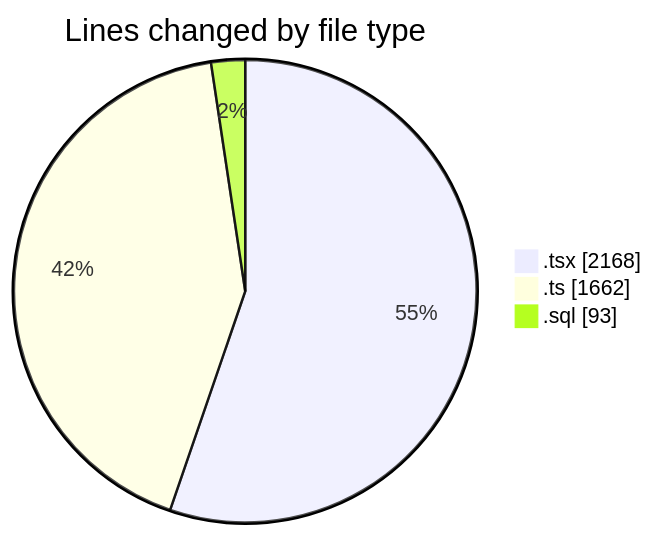
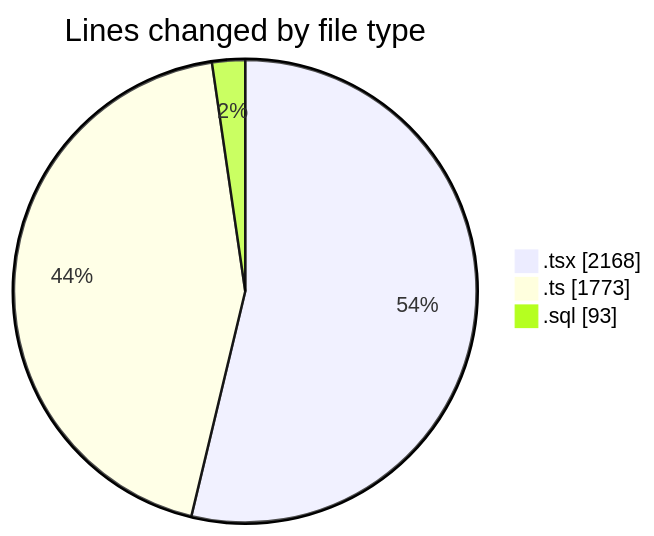
One commit to lephambinh05/code-tracking changed the first of 2 diagrams in 2025-09-05/hiai-phf/README.md. Above: the diagram before and after it, drawn with Mermaid. The commit also changed other lines of this file and 1 other file, not shown here.

````diff
--- a/2025-09-05/hiai-phf/README.md
+++ b/2025-09-05/hiai-phf/README.md
@@ -56,7 +56,7 @@
 ```mermaid
 pie showData
 title Lines changed by file type
 ".tsx" : 2168
-".ts" : 1662
+".ts" : 1773
 ".sql" : 93
 ```
````
